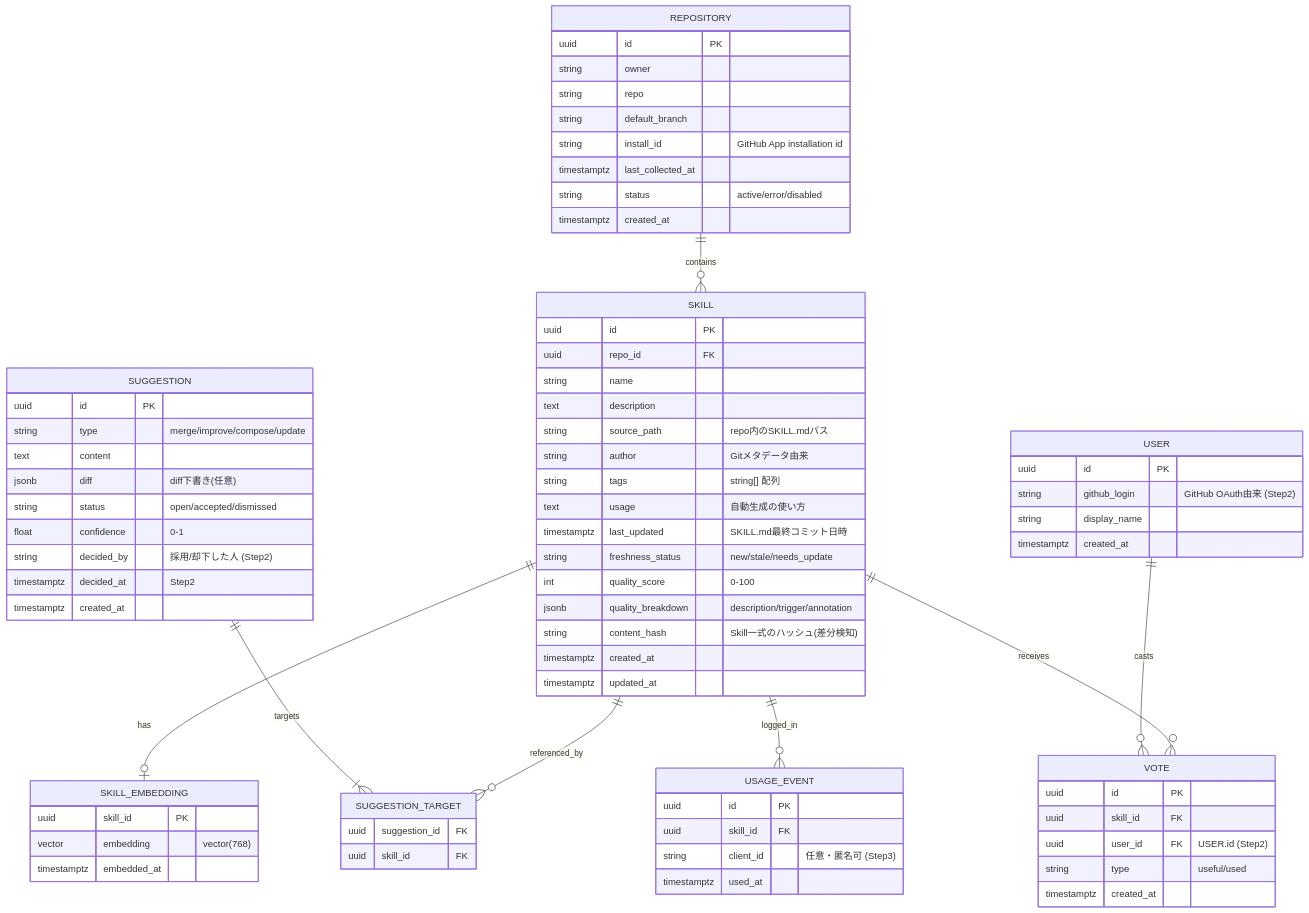
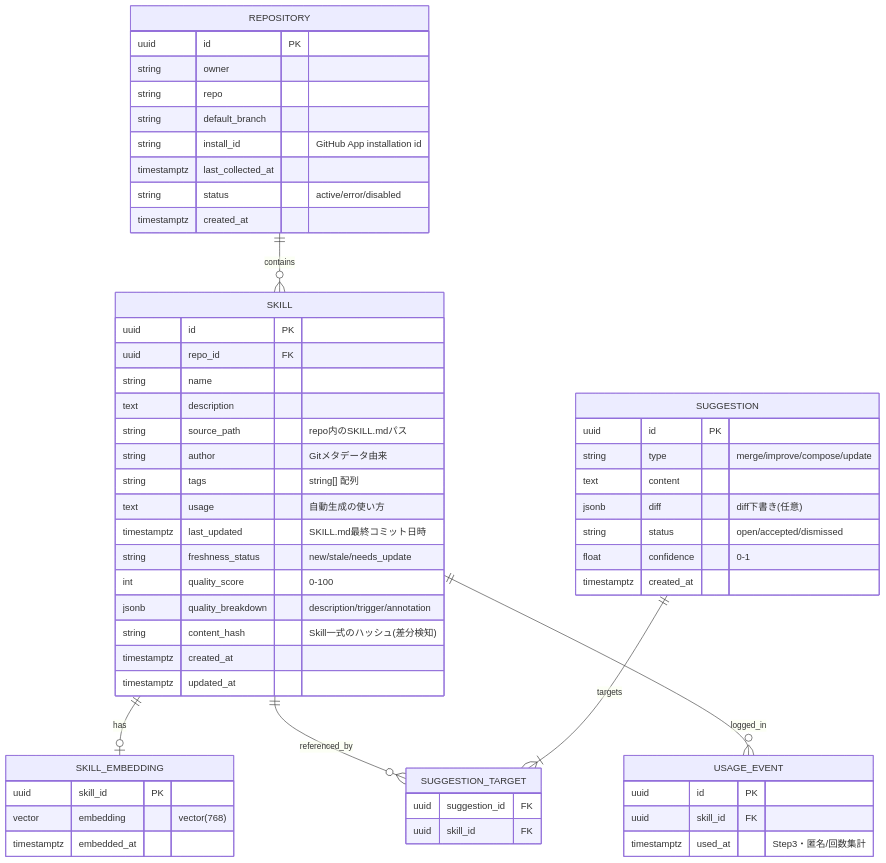
The sixth of 8 diagrams in DESIGN.md (t-devops-hackathon-2026/SkillsHub), drawn with Mermaid before and after one commit. The commit also changed other lines of this file and 3 other files, not shown here.

````diff
--- a/DESIGN.md
+++ b/DESIGN.md
@@ -293,77 +292,59 @@
 ```mermaid
 erDiagram
     REPOSITORY ||--o{ SKILL : contains
     SKILL ||--o| SKILL_EMBEDDING : has
     SKILL ||--o{ SUGGESTION_TARGET : referenced_by
     SUGGESTION ||--|{ SUGGESTION_TARGET : targets
-    SKILL ||--o{ VOTE : receives
-    USER ||--o{ VOTE : casts
     SKILL ||--o{ USAGE_EVENT : logged_in
 
     REPOSITORY {
         uuid id PK
         string owner
         string repo
         string default_branch
         string install_id "GitHub App installation id"
         timestamptz last_collected_at
         string status "active/error/disabled"
         timestamptz created_at
     }
     SKILL {
         uuid id PK
         uuid repo_id FK
         string name
         text description
         string source_path "repo内のSKILL.mdパス"
         string author "Gitメタデータ由来"
         string tags "string[] 配列"
         text usage "自動生成の使い方"
         timestamptz last_updated "SKILL.md最終コミット日時"
         string freshness_status "new/stale/needs_update"
         int quality_score "0-100"
         jsonb quality_breakdown "description/trigger/annotation"
         string content_hash "Skill一式のハッシュ(差分検知)"
         timestamptz created_at
         timestamptz updated_at
     }
     SKILL_EMBEDDING {
         uuid skill_id PK
         vector embedding "vector(768)"
         timestamptz embedded_at
     }
     SUGGESTION {
         uuid id PK
         string type "merge/improve/compose/update"
         text content
         jsonb diff "diff下書き(任意)"
         string status "open/accepted/dismissed"
         float confidence "0-1"
-        string decided_by "採用/却下した人 (Step2)"
-        timestamptz decided_at "Step2"
         timestamptz created_at
     }
     SUGGESTION_TARGET {
         uuid suggestion_id FK
         uuid skill_id FK
     }
-    USER {
-        uuid id PK
-        string github_login "GitHub OAuth由来 (Step2)"
-        string display_name
-        timestamptz created_at
-    }
-    VOTE {
-        uuid id PK
-        uuid skill_id FK
-        uuid user_id FK "USER.id (Step2)"
-        string type "useful/used"
-        timestamptz created_at
-    }
     USAGE_EVENT {
         uuid id PK
         uuid skill_id FK
-        string client_id "任意・匿名可 (Step3)"
-        timestamptz used_at
+        timestamptz used_at "Step3・匿名/回数集計"
     }
 ```
````
